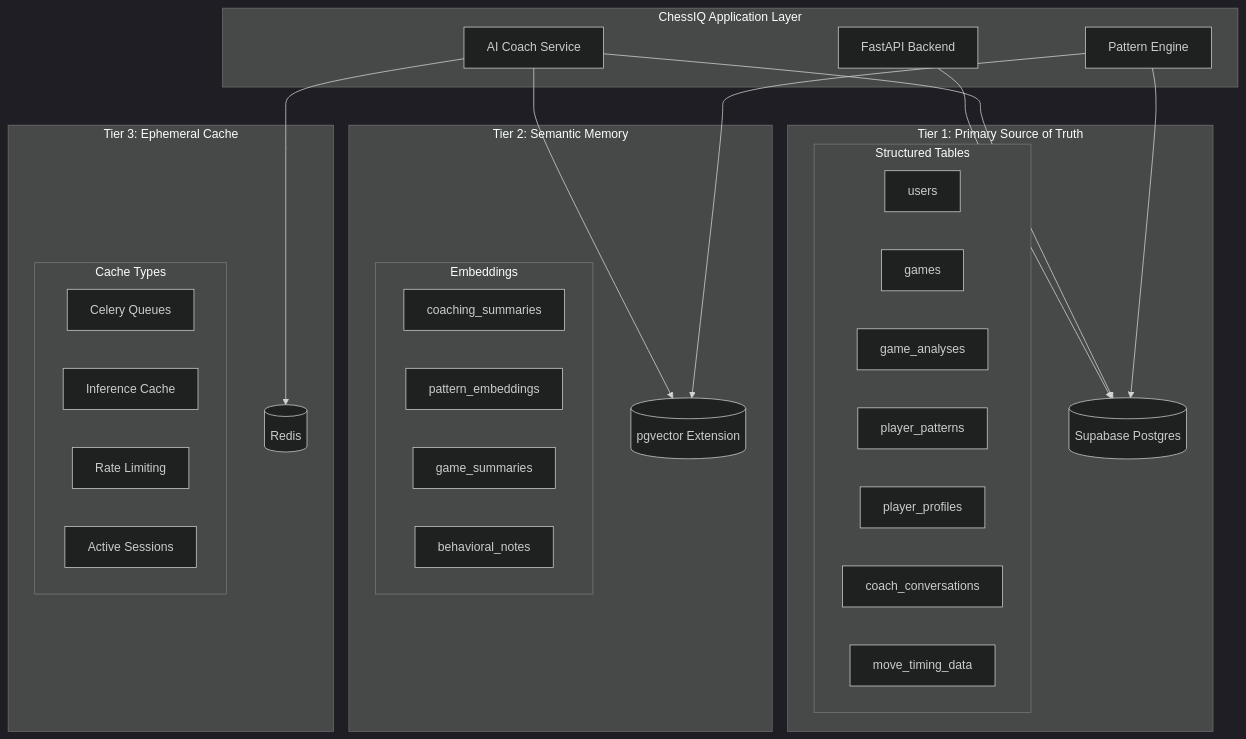
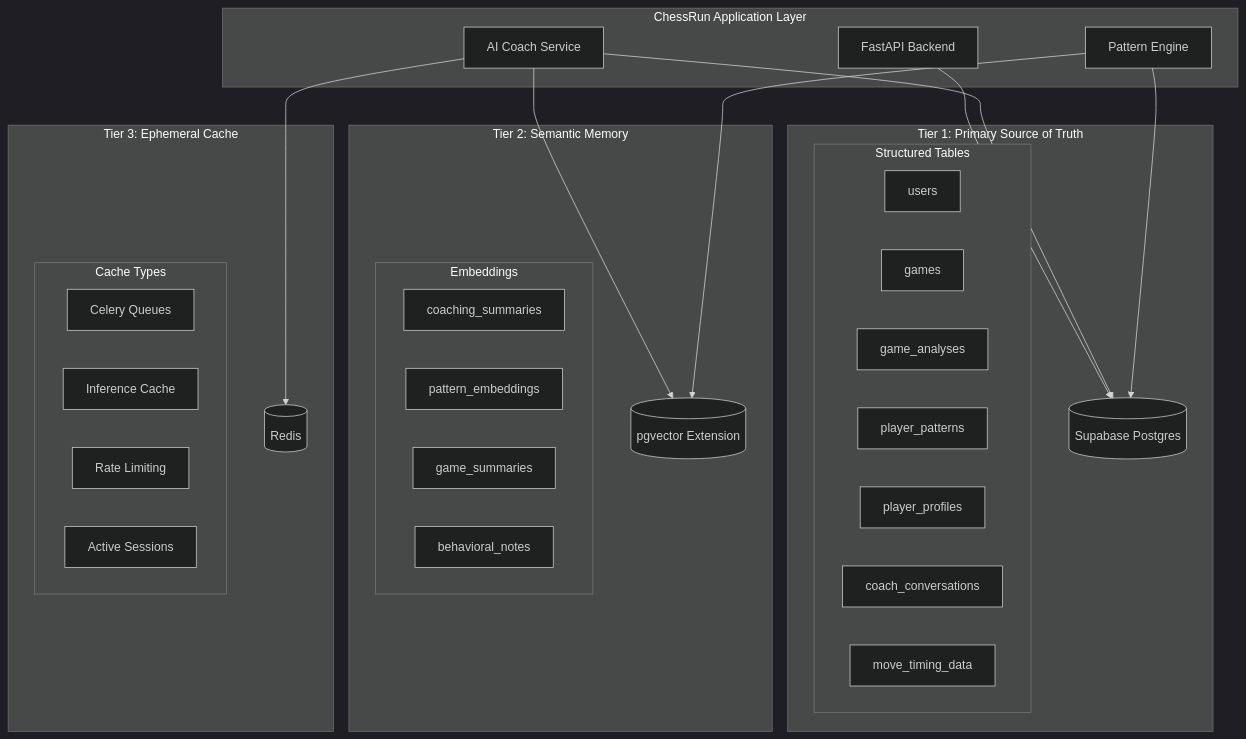
Before and after one commit to ArcnetLabs/chess-AI: the first of 6 diagrams in docs/architecture/MEMORY_RETRIEVAL_CONTEXT_ARCHITECTURE.md, drawn with Mermaid (dark theme). The commit also changed other lines of this file and 85 other files, not shown here.

Commit message:
feat: align frontend with ChessRun coach UX

````diff
--- a/docs/architecture/MEMORY_RETRIEVAL_CONTEXT_ARCHITECTURE.md
+++ b/docs/architecture/MEMORY_RETRIEVAL_CONTEXT_ARCHITECTURE.md
@@ -63,48 +65,48 @@
 ```mermaid
 flowchart TB
-    subgraph Application["ChessIQ Application Layer"]
+    subgraph Application["ChessRun Application Layer"]
         API[FastAPI Backend]
         COACH[AI Coach Service]
         PATTERN[Pattern Engine]
     end
 
     subgraph Tier1["Tier 1: Primary Source of Truth"]
         PG[(Supabase Postgres)]
         subgraph PGTables["Structured Tables"]
             USERS[users]
             GAMES[games]
             ANALYSES[game_analyses]
             PATTERNS[player_patterns]
             PROFILES[player_profiles]
             CHAT[coach_conversations]
             TIMING[move_timing_data]
         end
     end
 
     subgraph Tier2["Tier 2: Semantic Memory"]
         PGVEC[(pgvector Extension)]
         subgraph Vectors["Embeddings"]
             COACH_EMB[coaching_summaries]
             PAT_EMB[pattern_embeddings]
             GAME_EMB[game_summaries]
             BEHAV_EMB[behavioral_notes]
         end
     end
 
     subgraph Tier3["Tier 3: Ephemeral Cache"]
         REDIS[(Redis)]
         subgraph CacheTypes["Cache Types"]
             CELERY[Celery Queues]
             INF[Inference Cache]
             RATE[Rate Limiting]
             SESSION[Active Sessions]
         end
     end
 
     API --> PG
     COACH --> PG
     COACH --> PGVEC
     COACH --> REDIS
     PATTERN --> PG
     PATTERN --> PGVEC
 ```
````
